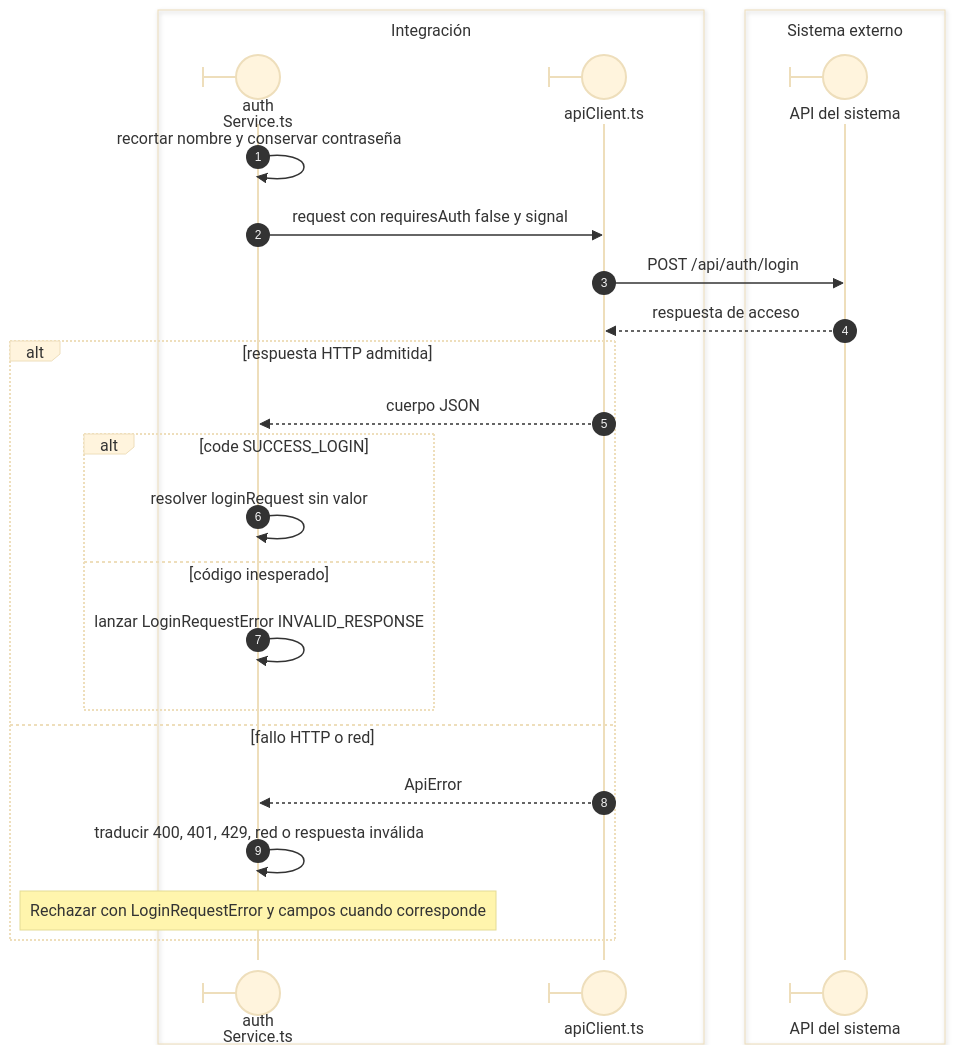
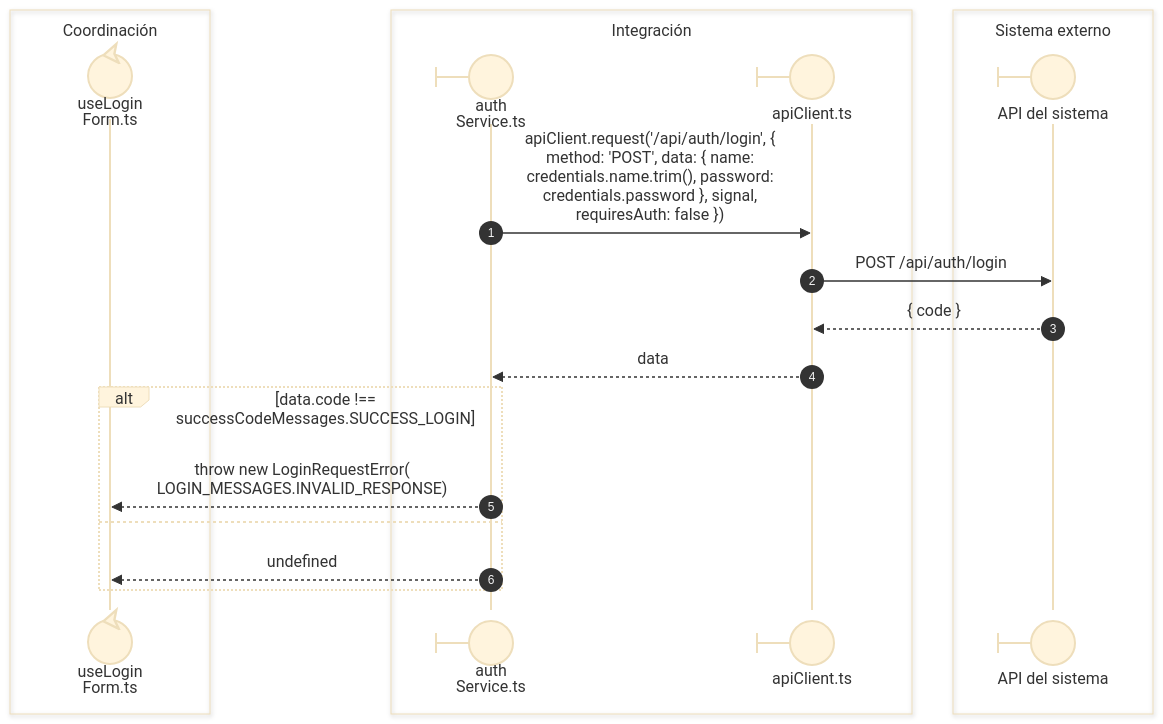
Before and after one commit to gpgsistemas01/nexus: the second of 4 diagrams in front/docs/architecture/views/processes/01-session/02-login.md, drawn with Mermaid (base theme). The commit also changed other lines of this file and 43 other files, not shown here.

````diff
--- a/front/docs/architecture/views/processes/01-session/02-login.md
+++ b/front/docs/architecture/views/processes/01-session/02-login.md
@@ -54,27 +43,23 @@
 ```mermaid
 sequenceDiagram
     autonumber
+    box Coordinación
+    participant Editor@{ "type": "control" } as useLogin<br/>Form.ts
+    end
     box Integración
     participant Service@{ "type": "boundary" } as auth<br/>Service.ts
     participant HTTP@{ "type": "boundary" } as apiClient.ts
     end
     box Sistema externo
     participant API@{ "type": "boundary" } as API del sistema
     end
-    Service->>Service: recortar nombre y conservar contraseña
-    Service->>HTTP: request con requiresAuth false y signal
-    HTTP->>API: POST /api/auth/login
-    API-->>HTTP: respuesta de acceso
-    alt respuesta HTTP admitida
-        HTTP-->>Service: cuerpo JSON
-        alt code SUCCESS_LOGIN
-            Service->>Service: resolver loginRequest sin valor
-        else código inesperado
-            Service->>Service: lanzar LoginRequestError INVALID_RESPONSE
-        end
-    else fallo HTTP o red
-        HTTP-->>Service: ApiError
-        Service->>Service: traducir 400, 401, 429, red o respuesta inválida
-        Note over Service: Rechazar con LoginRequestError y campos cuando corresponde
+    Service->>HTTP: nowrap: apiClient.request('/api/auth/login', {<br/>method: 'POST', data: { name:<br/>credentials.name.trim(), password:<br/>credentials.password }, signal,<br/>requiresAuth: false })
+    HTTP->>API: nowrap: POST /api/auth/login
+    API-->>HTTP: nowrap: { code }
+    HTTP-->>Service: nowrap: data
+    alt nowrap: data.code !== successCodeMessages.SUCCESS_LOGIN
+        Service-->>Editor: nowrap: throw new LoginRequestError(<br/>LOGIN_MESSAGES.INVALID_RESPONSE)
+    else
+        Service-->>Editor: nowrap: undefined
     end
 ```
````
